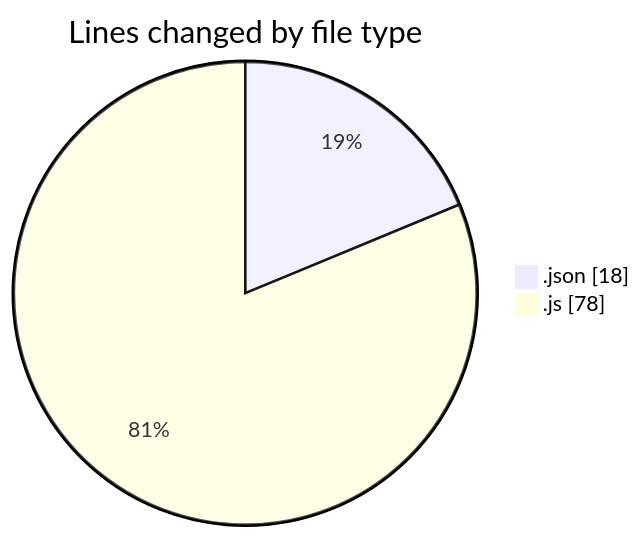
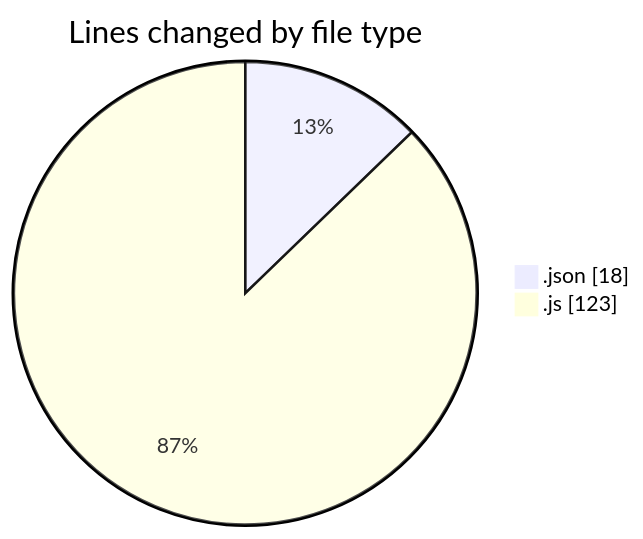
The first of 2 diagrams in 2025-04-01/jsvms/README.md (BS-eng2023/code-tracking), drawn with Mermaid before and after one commit. The commit also changed other lines of this file and 1 other file, not shown here.

````diff
--- a/2025-04-01/jsvms/README.md
+++ b/2025-04-01/jsvms/README.md
@@ -21,6 +22,6 @@
 ```mermaid
 pie showData
 title Lines changed by file type
 ".json" : 18
-".js" : 78
+".js" : 123
 ```
````
